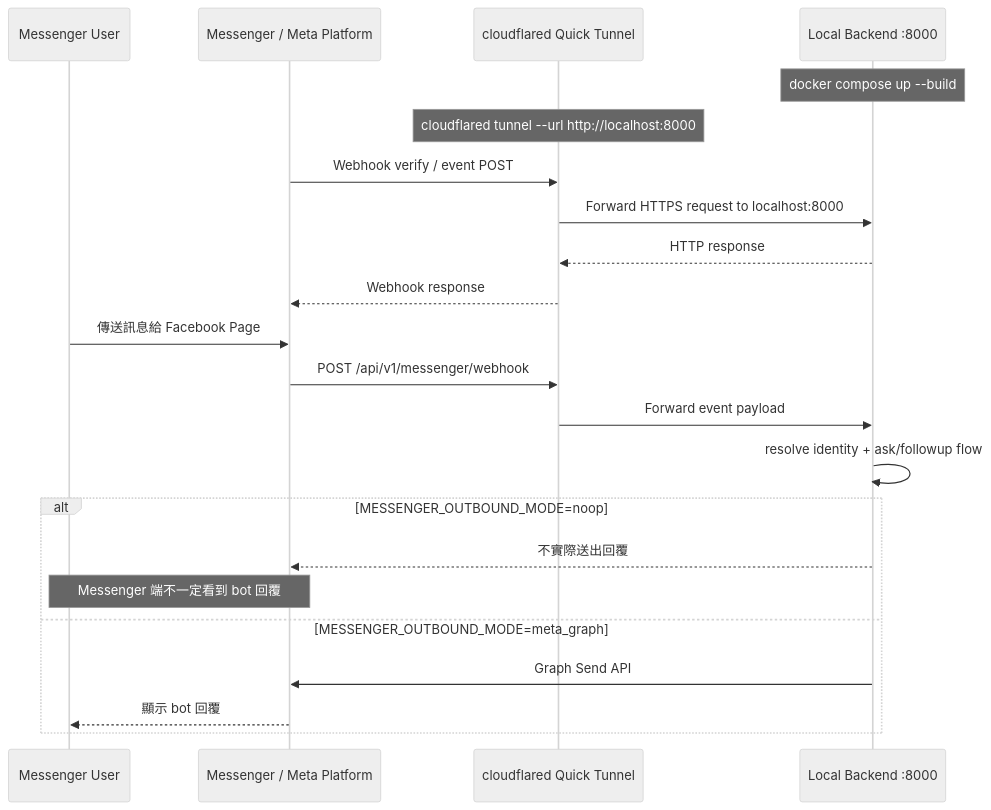
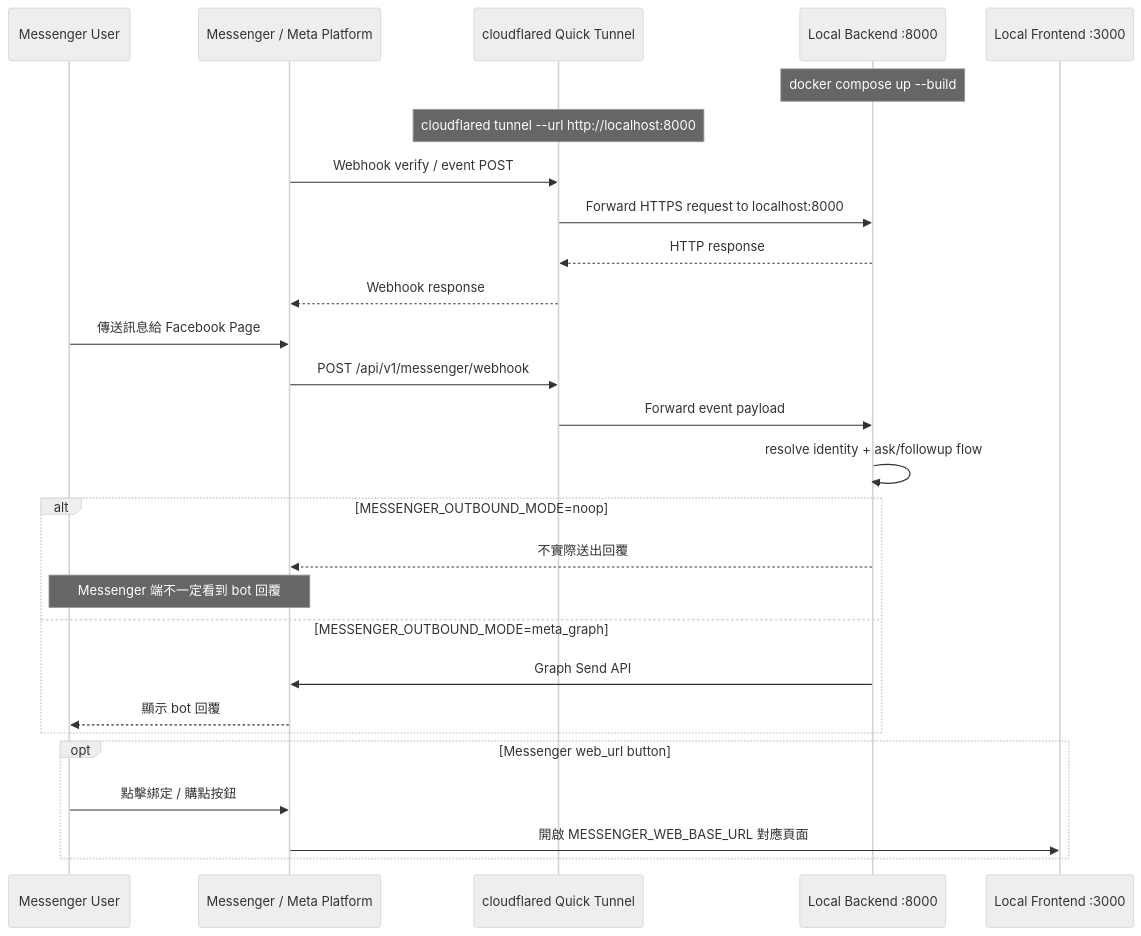
One commit to kevin1kevin1k/cyber-oracle changed the first of 2 diagrams in docs/messenger_validation_runbook.md. Above: the diagram before and after it, drawn with Mermaid (neutral theme). The commit also changed other lines of this file and 17 other files, not shown here.

Commit message:
feat(messenger): add webview linking flow

````diff
--- a/docs/messenger_validation_runbook.md
+++ b/docs/messenger_validation_runbook.md
@@ -51,27 +55,33 @@
 ```mermaid
 sequenceDiagram
   participant U as Messenger User
   participant M as Messenger / Meta Platform
   participant CF as cloudflared Quick Tunnel
   participant B as Local Backend :8000
+  participant F as Local Frontend :3000
 
   Note over B: docker compose up --build
   Note over CF: cloudflared tunnel --url http://localhost:8000
 
   M->>CF: Webhook verify / event POST
   CF->>B: Forward HTTPS request to localhost:8000
   B-->>CF: HTTP response
   CF-->>M: Webhook response
 
   U->>M: 傳送訊息給 Facebook Page
   M->>CF: POST /api/v1/messenger/webhook
   CF->>B: Forward event payload
   B->>B: resolve identity + ask/followup flow
   alt MESSENGER_OUTBOUND_MODE=noop
     B-->>M: 不實際送出回覆
     Note over U,M: Messenger 端不一定看到 bot 回覆
   else MESSENGER_OUTBOUND_MODE=meta_graph
     B->>M: Graph Send API
     M-->>U: 顯示 bot 回覆
   end
+
+  opt Messenger web_url button
+    U->>M: 點擊綁定 / 購點按鈕
+    M->>F: 開啟 MESSENGER_WEB_BASE_URL 對應頁面
+  end
 ```
````
